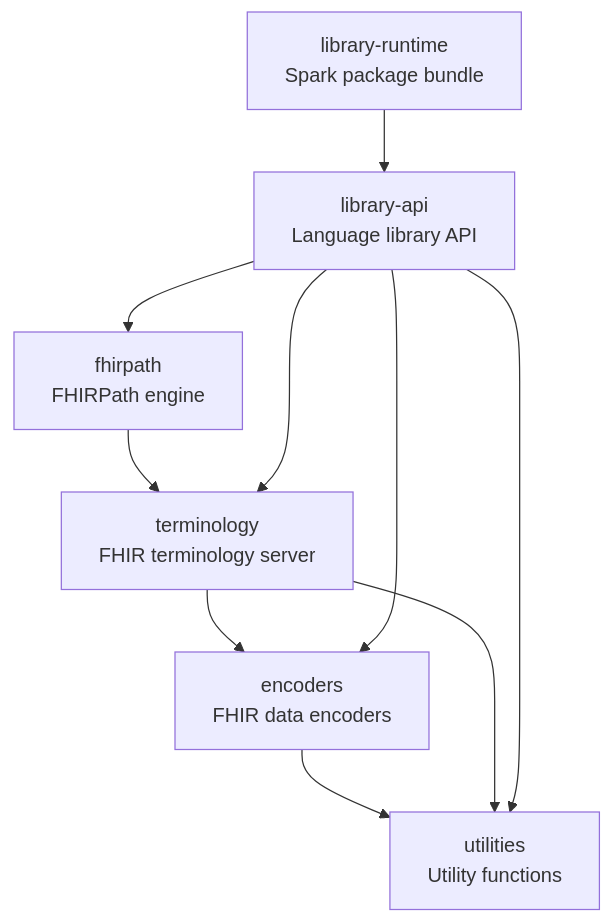
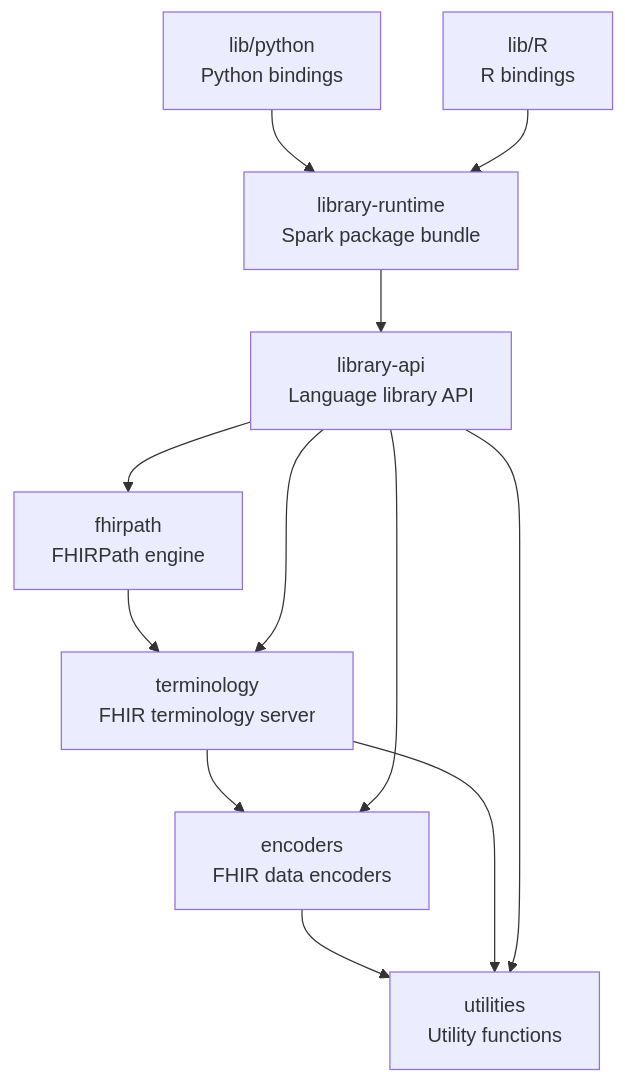
The diagram in CONTRIBUTING.md (aehrc/pathling), drawn with Mermaid before and after one commit. The commit also changed other lines of this file, not shown here.

````diff
--- a/CONTRIBUTING.md
+++ b/CONTRIBUTING.md
@@ -62,19 +251,23 @@
 ```mermaid
 graph TD
     utilities[utilities<br/>Utility functions]
     encoders[encoders<br/>FHIR data encoders]
     terminology[terminology<br/>FHIR terminology server]
     fhirpath[fhirpath<br/>FHIRPath engine]
     library-api[library-api<br/>Language library API]
     library-runtime[library-runtime<br/>Spark package bundle]
+    python[lib/python<br/>Python bindings]
+    r[lib/R<br/>R bindings]
 
     encoders --> utilities
     terminology --> utilities
     terminology --> encoders
     fhirpath --> terminology
     library-api --> utilities
     library-api --> encoders
     library-api --> terminology
     library-api --> fhirpath
     library-runtime --> library-api
+    python --> library-runtime
+    r --> library-runtime
 ```
````
